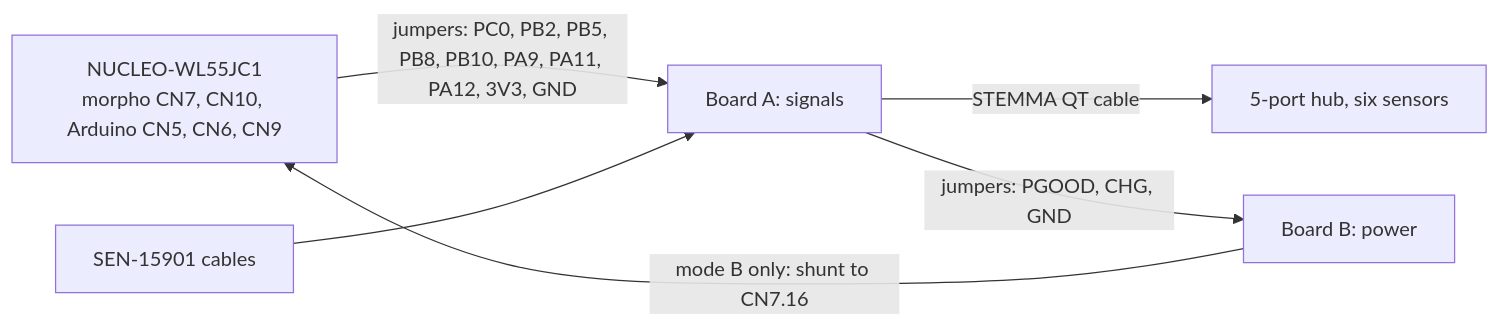
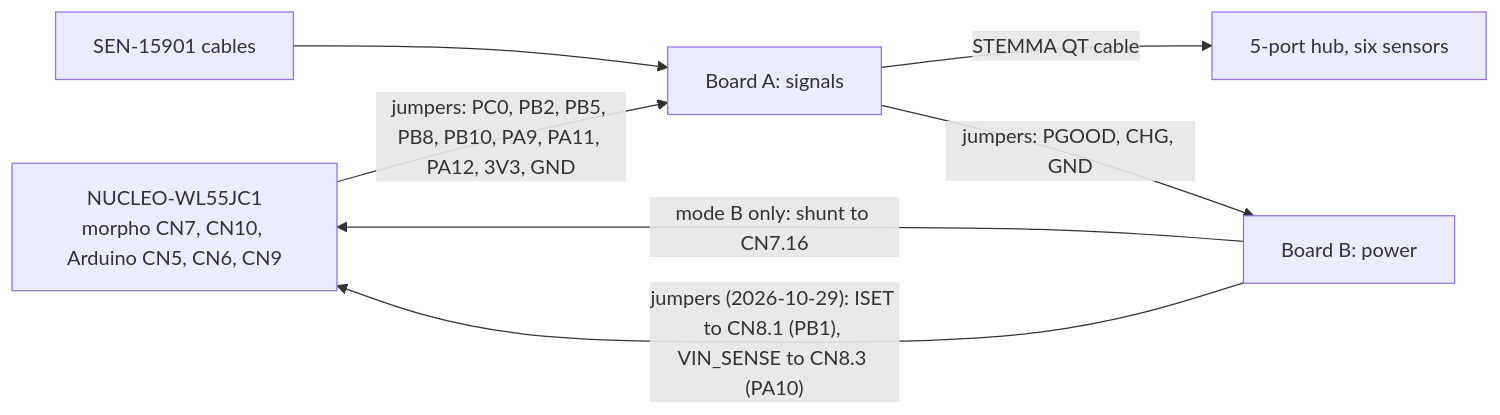
The first of 2 diagrams in docs/superpowers/specs/2026-10-19-bench-breadboard-wiring-design.md (clintecker/weather-station-2026), drawn with Mermaid before and after one commit. The commit also changed other lines of this file and 303 other files, not shown here.

````diff
--- a/docs/superpowers/specs/2026-10-19-bench-breadboard-wiring-design.md
+++ b/docs/superpowers/specs/2026-10-19-bench-breadboard-wiring-design.md
@@ -35,8 +71,10 @@
 ```mermaid
 flowchart LR
+  %% 2026-10-29 history. Superseded 2026-10-30 (header block): cups PB5 (CN9.5), rain PB4 (CN8.4), Arduino headers, mode B into CN6.4
   N["NUCLEO-WL55JC1<br/>morpho CN7, CN10, Arduino CN5, CN6, CN9"] -- "jumpers: PC0, PB2, PB5, PB8, PB10, PA9, PA11, PA12, 3V3, GND" --> A["Board A: signals"]
   A -- "STEMMA QT cable" --> HUB["5-port hub, six sensors"]
   A -- "jumpers: PGOOD, CHG, GND" --> B["Board B: power"]
   B -- "mode B only: shunt to CN7.16" --> N
+  B -- "jumpers (2026-10-29): ISET to CN8.1 (PB1), VIN_SENSE to CN8.3 (PA10)" --> N
   W["SEN-15901 cables"] --> A
 ```
````
